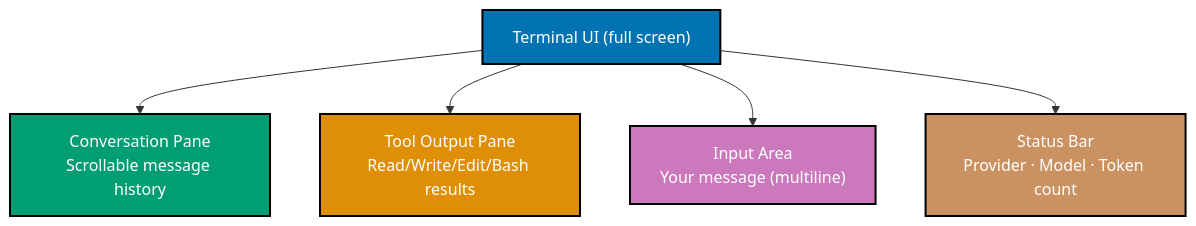
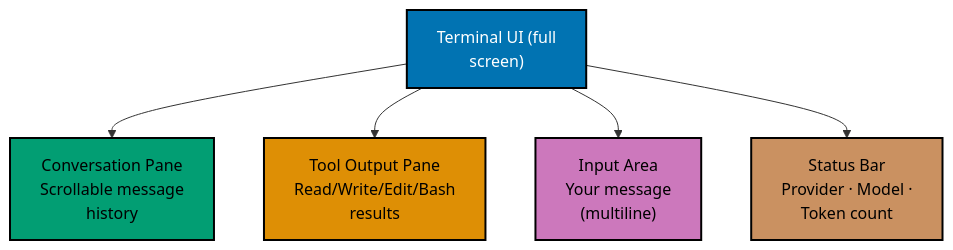
Before and after one commit to wahidyankf/ose-public: the third of 5 diagrams in apps/ayokoding-www/content/en/learn/legacy/artificial-intelligence/tools/pi-coding-agent/by-concept/beginner.md, drawn with Mermaid. The commit also changed other lines of this file and 50 other files, not shown here.

First line of the commit message:
fix(mermaid): bring the docs, governance, plans, and legacy AI diagrams onto the accessible palette

````diff
--- a/apps/ayokoding-www/content/en/learn/legacy/artificial-intelligence/tools/pi-coding-agent/by-concept/beginner.md
+++ b/apps/ayokoding-www/content/en/learn/legacy/artificial-intelligence/tools/pi-coding-agent/by-concept/beginner.md
@@ -287,23 +293,26 @@
 ```mermaid
 %% Color Palette: Blue #0173B2, Orange #DE8F05, Teal #029E73, Purple #CC78BC, Brown #CA9161
 %% All colors are color-blind friendly and meet WCAG AA contrast standards
 
 graph TB
-    TUI["Terminal UI (full screen)"]:::blue
+    accTitle: Section 4: Interactive TUI Mode
+    accDescr: Graph with 5 nodes and 4 connections. Nodes: Terminal UI (full screen), Conversation Pane Scrollable message history, Tool Output Pane Read/Write/Edit/Bash results, Input Area Your message (multiline), Status Bar Provider · Model · Token count. Connections: Terminal UI (full screen) to Conversation Pane Scrollable message history, Terminal UI (full screen) to Tool Output Pane Read/Write/Edit/Bash results, Terminal UI (full screen) to Input Area Your message (multiline), Terminal UI (full screen) to Status Bar Provider · Model · Token count.
+    TUI["Terminal UI (full<br/>screen)"]:::blue
 
-    CONV["Conversation Pane<br/>Scrollable message history"]:::teal
-    TOOL["Tool Output Pane<br/>Read/Write/Edit/Bash results"]:::orange
-    INPUT["Input Area<br/>Your message (multiline)"]:::purple
-    STATUS["Status Bar<br/>Provider · Model · Token count"]:::brown
+    CONV["Conversation Pane<br/>Scrollable message<br/>history"]:::teal
+    TOOL["Tool Output Pane<br/>Read/Write/Edit/Bash<br/>results"]:::orange
+    INPUT["Input Area<br/>Your message<br/>(multiline)"]:::purple
+    STATUS["Status Bar<br/>Provider · Model ·<br/>Token count"]:::brown
 
     TUI --> CONV
     TUI --> TOOL
     TUI --> INPUT
     TUI --> STATUS
 
     classDef blue fill:#0173B2,stroke:#000000,color:#FFFFFF,stroke-width:2px
-    classDef teal fill:#029E73,stroke:#000000,color:#FFFFFF,stroke-width:2px
-    classDef orange fill:#DE8F05,stroke:#000000,color:#FFFFFF,stroke-width:2px
-    classDef purple fill:#CC78BC,stroke:#000000,color:#FFFFFF,stroke-width:2px
-    classDef brown fill:#CA9161,stroke:#000000,color:#FFFFFF,stroke-width:2px
+    classDef teal fill:#029E73,stroke:#000000,color:#000000,stroke-width:2px
+    classDef orange fill:#DE8F05,stroke:#000000,color:#000000,stroke-width:2px
+    classDef purple fill:#CC78BC,stroke:#000000,color:#000000,stroke-width:2px
+    classDef brown fill:#CA9161,stroke:#000000,color:#000000,stroke-width:2px
+    classDef default fill:#FFFFFF,stroke:#000000,color:#000000
 ```
````
